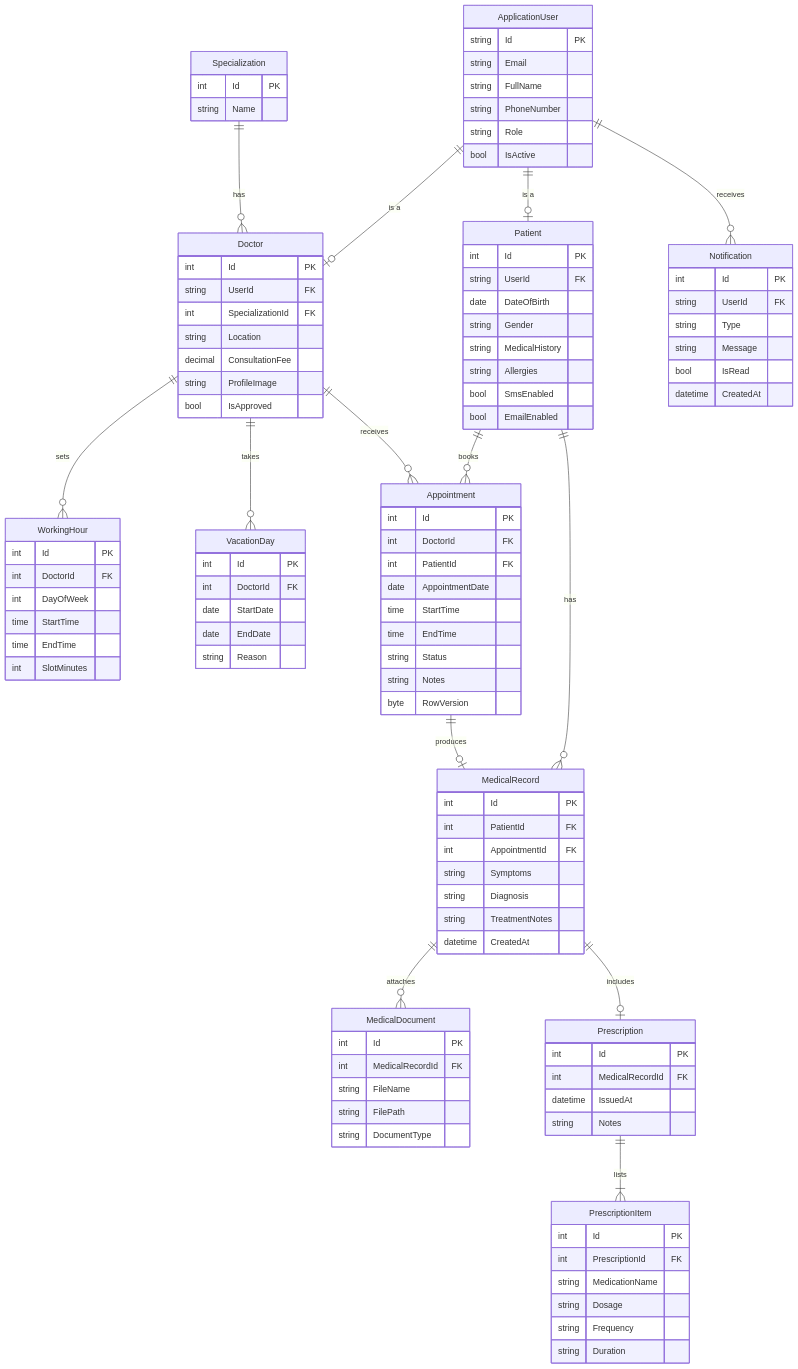
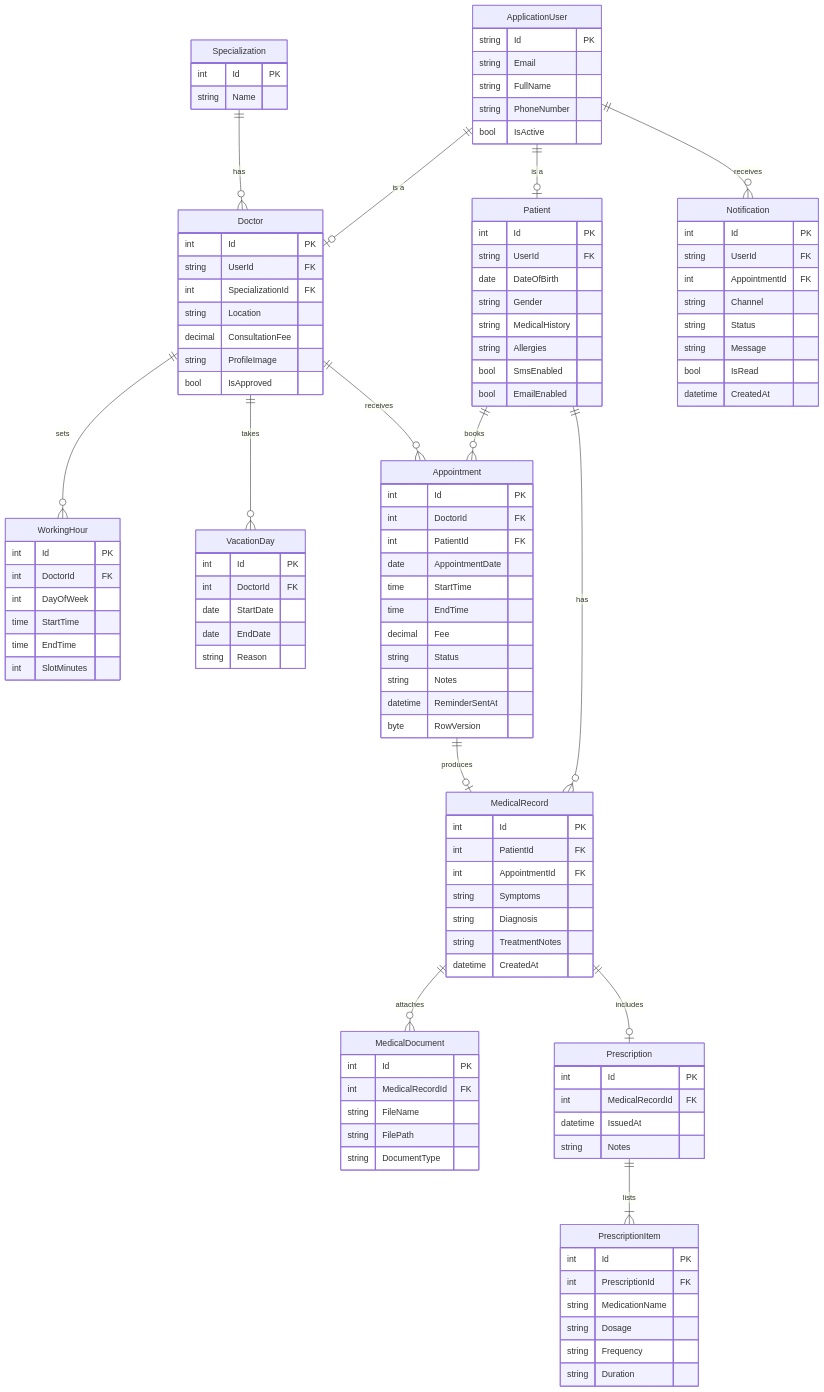
The third of 18 diagrams in docs/4-System-Analysis-and-Design.md (amnaa27/medicare-clinic-management), drawn with Mermaid before and after one commit. The commit also changed other lines of this file and 12 other files, not shown here.

```diff
--- a/docs/4-System-Analysis-and-Design.md
+++ b/docs/4-System-Analysis-and-Design.md
@@ -134,7 +142,6 @@
         string Email
         string FullName
         string PhoneNumber
-        string Role
         bool IsActive
     }
     Specialization {
@@ -182,8 +189,10 @@
         date AppointmentDate
         time StartTime
         time EndTime
+        decimal Fee
         string Status
         string Notes
+        datetime ReminderSentAt
         byte RowVersion
     }
     MedicalRecord {
@@ -219,7 +228,9 @@
     Notification {
         int Id PK
         string UserId FK
-        string Type
+        int AppointmentId FK
+        string Channel
+        string Status
         string Message
         bool IsRead
         datetime CreatedAt
```
